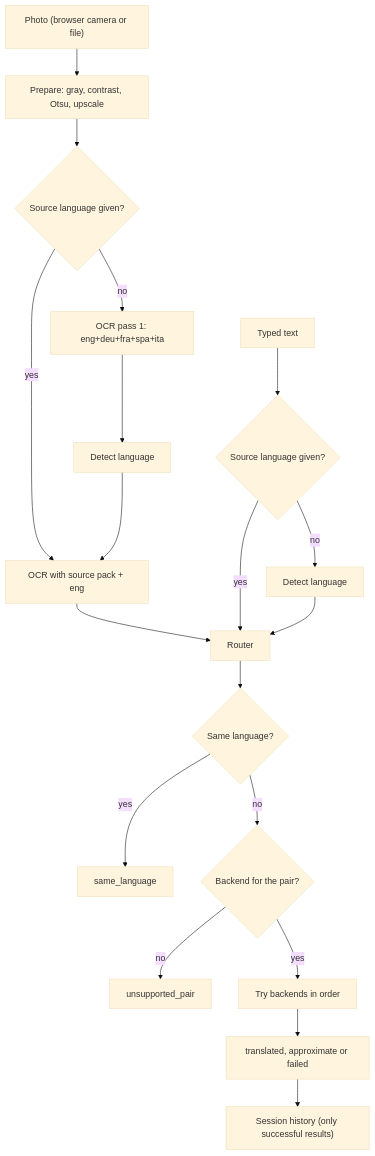
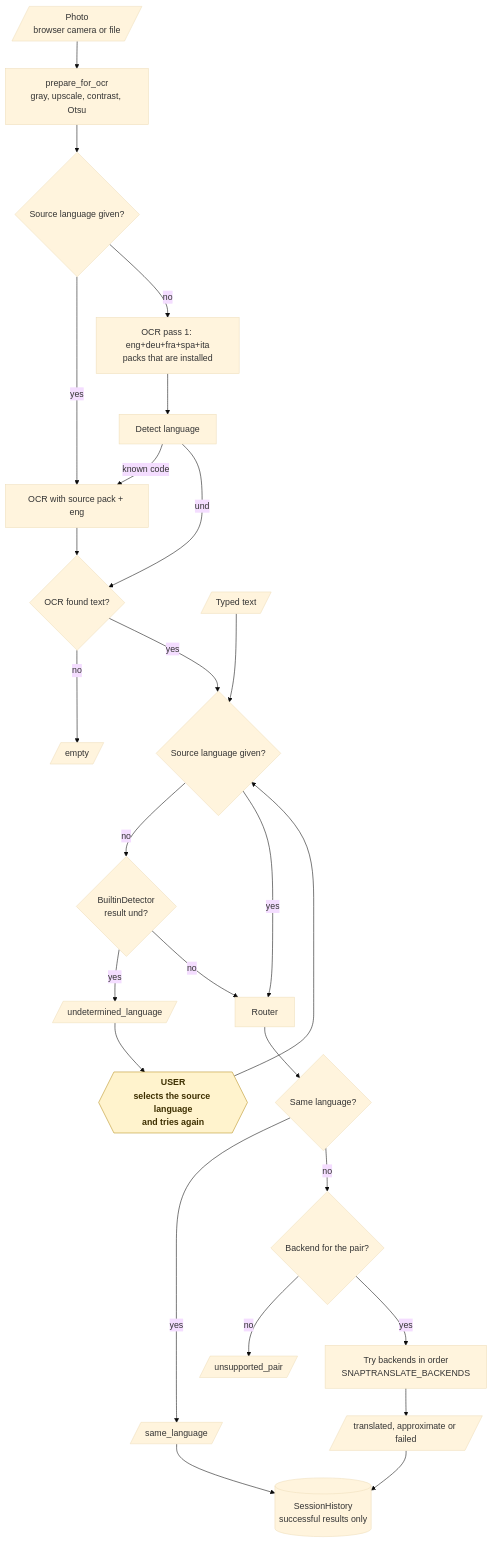
The fifth of 17 diagrams in README.md (KrishnaAnnavaram/snaptranslate), drawn with Mermaid (base theme) before and after one commit. The commit also changed other lines of this file, not shown here.

Commit message:
Add the workflow diagrams to the README

````diff
--- a/README.md
+++ b/README.md
@@ -206,21 +276,31 @@
 ```mermaid
-flowchart TB
-    P["Photo (browser camera or file)"] --> PR["Prepare: gray, contrast, Otsu, upscale"]
+flowchart TD
+    P[/"Photo<br/>browser camera or file"/] --> PR["prepare_for_ocr<br/>gray, upscale, contrast, Otsu"]
     PR --> K{"Source language given?"}
     K -- "yes" --> O2["OCR with source pack + eng"]
-    K -- "no" --> O1["OCR pass 1: eng+deu+fra+spa+ita"]
+    K -- "no" --> O1["OCR pass 1: eng+deu+fra+spa+ita<br/>packs that are installed"]
     O1 --> D1["Detect language"]
-    D1 --> O2
-    TX["Typed text"] --> D2{"Source language given?"}
-    D2 -- "no" --> D3["Detect language"]
-    O2 --> R["Router"]
+    D1 -- "known code" --> O2
+    O2 --> NOTXT{"OCR found text?"}
+    D1 -- "und" --> NOTXT
+    NOTXT -- "no" --> EMP[/"empty"/]
+    TX[/"Typed text"/] --> D2{"Source language given?"}
+    NOTXT -- "yes" --> D2
+    D2 -- "no" --> D3{"BuiltinDetector<br/>result und?"}
+    D3 -- "yes" --> UND[/"undetermined_language"/]
+    UND --> HUMAN{{"USER<br/>selects the source language<br/>and tries again"}}
+    HUMAN --> D2
+    D3 -- "no" --> R["Router"]
     D2 -- "yes" --> R
-    D3 --> R
     R --> S{"Same language?"}
-    S -- "yes" --> SL["same_language"]
+    S -- "yes" --> SL[/"same_language"/]
     S -- "no" --> C{"Backend for the pair?"}
-    C -- "no" --> UP["unsupported_pair"]
-    C -- "yes" --> B["Try backends in order"]
-    B --> RS["translated, approximate or failed"]
-    RS --> H["Session history (only successful results)"]
+    C -- "no" --> UP[/"unsupported_pair"/]
+    C -- "yes" --> B["Try backends in order<br/>SNAPTRANSLATE_BACKENDS"]
+    B --> RS[/"translated, approximate or failed"/]
+    RS --> H[("SessionHistory<br/>successful results only")]
+    SL --> H
+
+    classDef human fill:#fff3cd,stroke:#b8901f,color:#3d2f00,font-weight:bold
+    class HUMAN human
 ```
````
